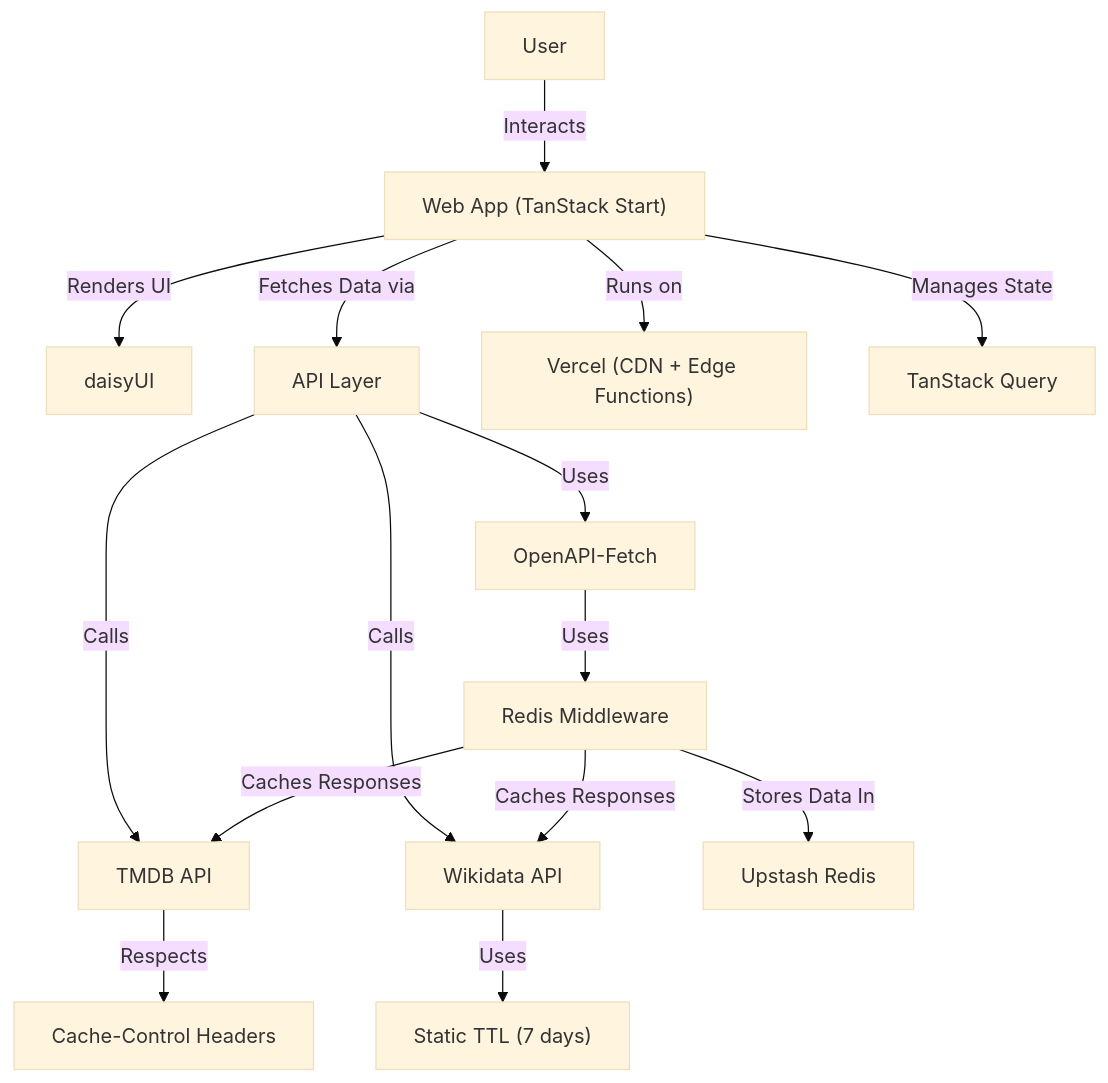
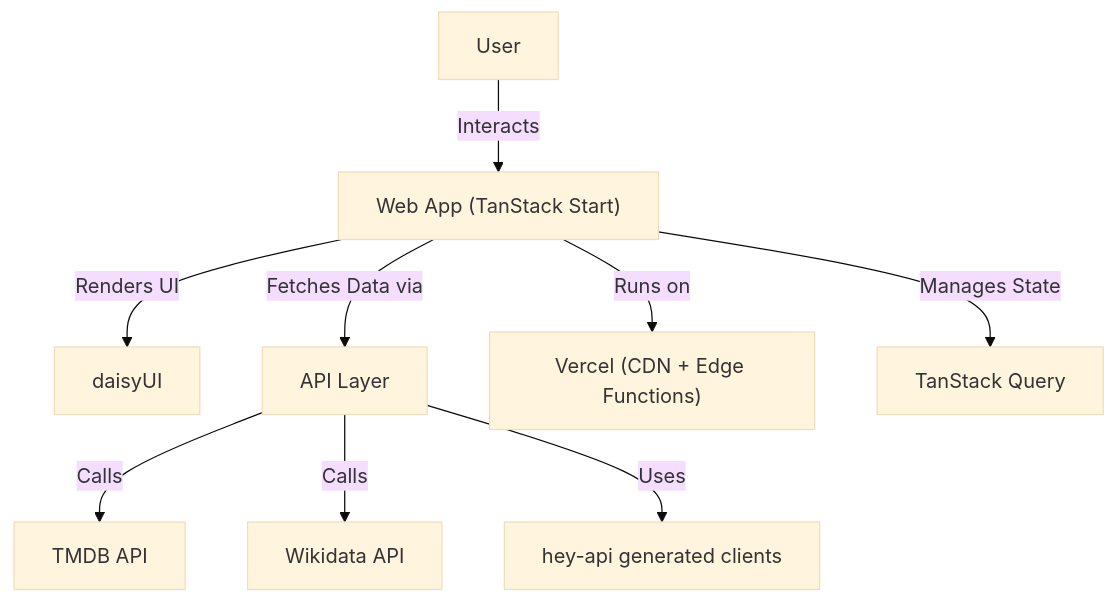
One commit to jimmy-guzman/popcorn.fyi changed the diagram in docs/architecture.md. Above: the diagram before and after it, drawn with Mermaid (base theme). The commit also changed other lines of this file and 171 other files, not shown here.

Commit message:
refactor: 🔄 migrate fetch clients to hey-api (#670)

````diff
--- a/docs/architecture.md
+++ b/docs/architecture.md
@@ -3,17 +3,11 @@
 ```mermaid
 graph TD;
     A[User] -->|Interacts| B["Web App (TanStack Start)"]
     B -->|Renders UI| J["daisyUI"]
     B -->|Fetches Data via| C["API Layer"]
     C -->|Calls| D["TMDB API"]
     C -->|Calls| E["Wikidata API"]
-    C -->|Uses| F["OpenAPI-Fetch"]
-    F -->|Uses| N["Redis Middleware"]
-    N -->|Caches Responses| D
-    N -->|Caches Responses| E
-    N -->|Stores Data In| O["Upstash Redis"]
-    D -->|Respects| M["Cache-Control Headers"]
-    E -->|Uses| P["Static TTL (7 days)"]
+    C -->|Uses| F["hey-api generated clients"]
     B -->|Runs on| H["Vercel (CDN + Edge Functions)"]
     B -->|Manages State| I["TanStack Query"]
 ```
````
